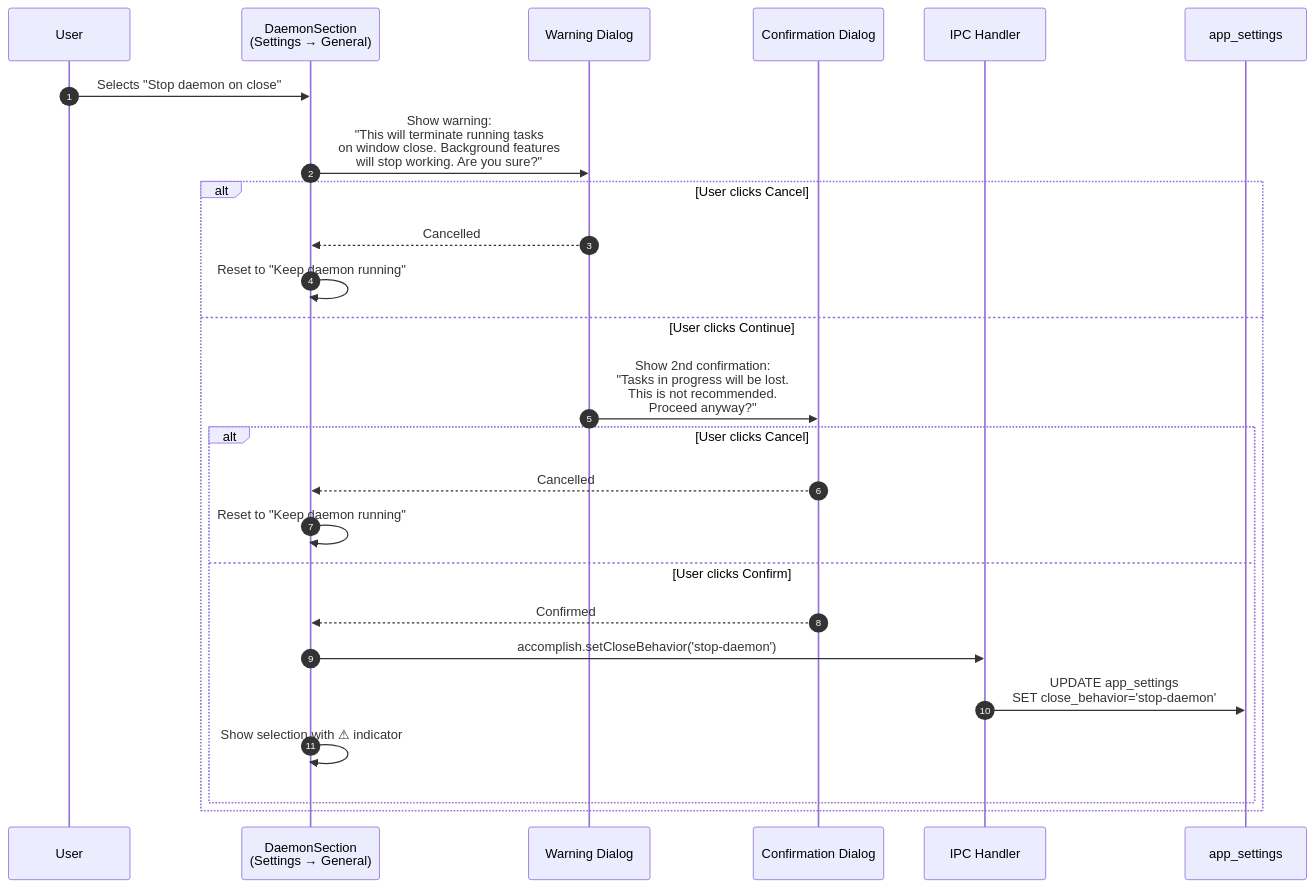
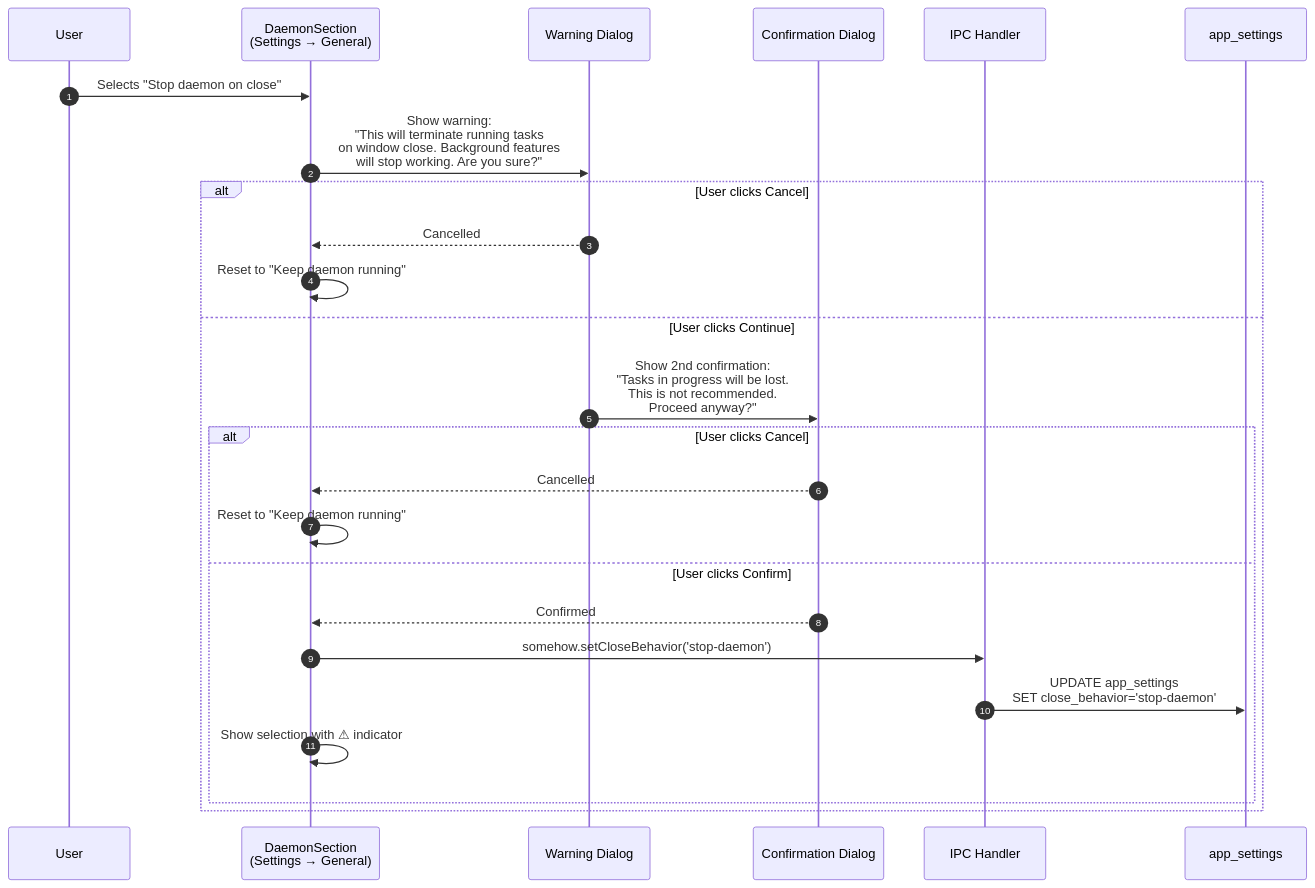
One commit to its-harshit/openplish changed diagram 11 of 13 in docs/daemon-final-architecture.md. Above: the diagram before and after it, drawn with Mermaid. The commit also changed other lines of this file and 148 other files, not shown here.

````diff
--- a/docs/daemon-final-architecture.md
+++ b/docs/daemon-final-architecture.md
@@ -669,29 +669,29 @@
 ```mermaid
 sequenceDiagram
     autonumber
     participant User
     participant UI as DaemonSection<br/>(Settings → General)
     participant Dialog1 as Warning Dialog
     participant Dialog2 as Confirmation Dialog
     participant IPC as IPC Handler
     participant DB as app_settings
 
     User->>UI: Selects "Stop daemon on close"
     UI->>Dialog1: Show warning:<br/>"This will terminate running tasks<br/>on window close. Background features<br/>will stop working. Are you sure?"
 
     alt User clicks Cancel
         Dialog1-->>UI: Cancelled
         UI->>UI: Reset to "Keep daemon running"
     else User clicks Continue
         Dialog1->>Dialog2: Show 2nd confirmation:<br/>"Tasks in progress will be lost.<br/>This is not recommended.<br/>Proceed anyway?"
         alt User clicks Cancel
             Dialog2-->>UI: Cancelled
             UI->>UI: Reset to "Keep daemon running"
         else User clicks Confirm
             Dialog2-->>UI: Confirmed
-            UI->>IPC: accomplish.setCloseBehavior('stop-daemon')
+            UI->>IPC: somehow.setCloseBehavior('stop-daemon')
             IPC->>DB: UPDATE app_settings<br/>SET close_behavior='stop-daemon'
             UI->>UI: Show selection with ⚠ indicator
         end
     end
 ```
````
